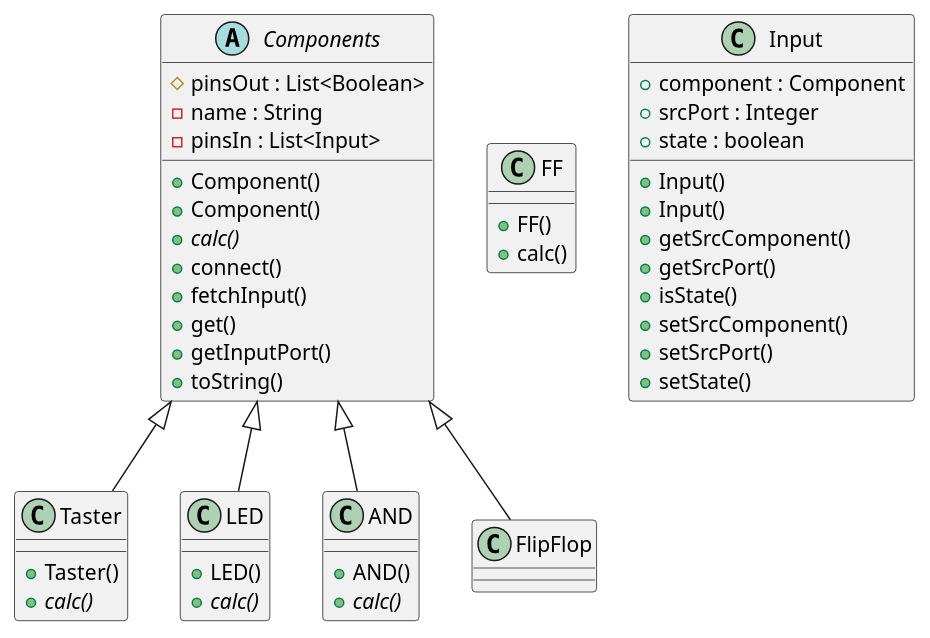
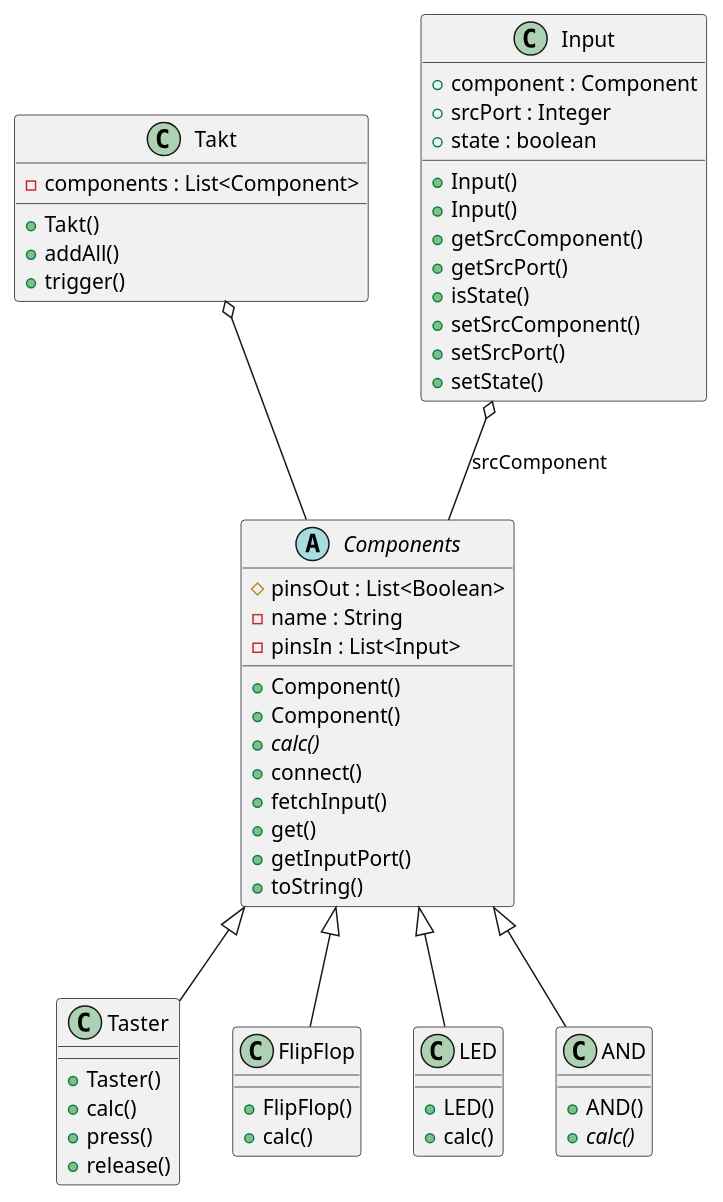
Before and after one commit to Ali8105/sew5_sem1: the diagram in src/Klassen_UML.puml, drawn with PlantUML.

Commit message:
UML Finished

```diff
--- a/src/Klassen_UML.puml
+++ b/src/Klassen_UML.puml
@@ -1,59 +1,68 @@
 @startuml
 
 abstract class Components {
         # pinsOut : List<Boolean>
         - name : String
         - pinsIn : List<Input>
         + Component()
         + Component()
         {abstract} + calc()
         + connect()
         + fetchInput()
         + get()
         + getInputPort()
         + toString()
     }
 
-
+class Takt {
+  - components : List<Component>
+  + Takt()
+  + addAll()
+  + trigger()
+}
 
 class Taster {
- + Taster()
- + {abstract} calc()
+    + Taster()
+    + calc()
+    + press()
+    + release()
 }
 
-class FF {
-    + FF()
+class FlipFlop {
+    + FlipFlop()
     + calc()
 }
 
 
-class LED{
- + LED()
- + {abstract} calc()
+class LED {
+  + LED()
+  + calc()
 }
 
  class Input {
         + component : Component
         + srcPort : Integer
         + state : boolean
         + Input()
         + Input()
         + getSrcComponent()
         + getSrcPort()
         + isState()
         + setSrcComponent()
         + setSrcPort()
         + setState()
     }
 
 class AND{
  + AND()
  + {abstract} calc()
 }
 
 Components <|-- FlipFlop
 Components <|-- AND
 Components <|-- LED
 Components <|-- Taster
+Input o-- Components : srcComponent
+Takt o-- Components
 
 @enduml
```
